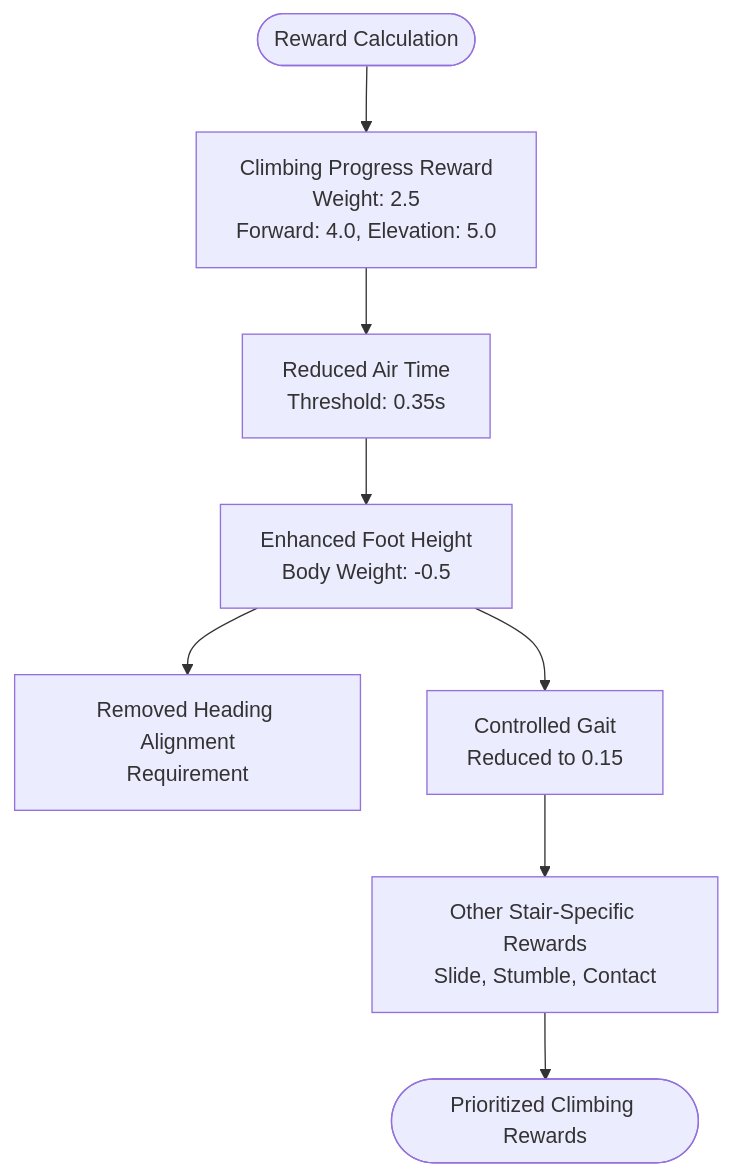
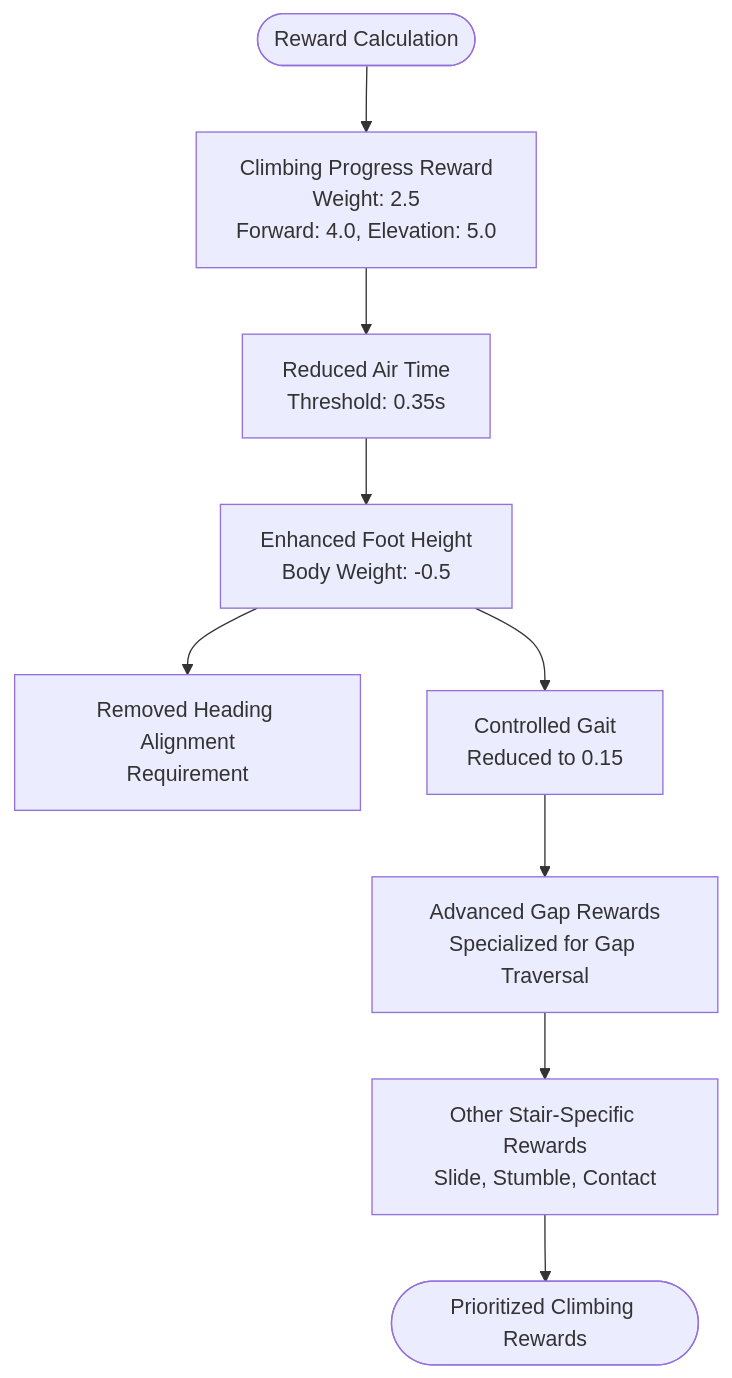
Before and after one commit to jayjayhust/robot_lab: the seventh of 10 diagrams in .qoder/repowiki/en/content/ZSIBOT ZSL1 Stair Climbing Configuration.md, drawn with Mermaid. The commit also changed other lines of this file and 9 other files, not shown here.

````diff
--- a/.qoder/repowiki/en/content/ZSIBOT ZSL1 Stair Climbing Configuration.md
+++ b/.qoder/repowiki/en/content/ZSIBOT ZSL1 Stair Climbing Configuration.md
@@ -389,10 +420,11 @@
 ```mermaid
 flowchart TD
 REWARDS_START([Reward Calculation]) --> CLIMB_PROGRESS["Climbing Progress Reward<br/>Weight: 2.5<br/>Forward: 4.0, Elevation: 5.0"]
 CLIMB_PROGRESS --> REDUCED_AIR_TIME["Reduced Air Time<br/>Threshold: 0.35s"]
 REDUCED_AIR_TIME --> ENHANCED_FOOT_HEIGHT["Enhanced Foot Height<br/>Body Weight: -0.5"]
 ENHANCED_FOOT_HEIGHT --> REMOVED_HEADING["Removed Heading Alignment<br/>Requirement"]
 ENHANCED_FOOT_HEIGHT --> CONTROLLED_GAIT["Controlled Gait<br/>Reduced to 0.15"]
-CONTROLLED_GAIT --> OTHER_REWARDS["Other Stair-Specific Rewards<br/>Slide, Stumble, Contact"]
+CONTROLLED_GAIT --> ADVANCED_GAP_REWARDS["Advanced Gap Rewards<br/>Specialized for Gap Traversal"]
+ADVANCED_GAP_REWARDS --> OTHER_REWARDS["Other Stair-Specific Rewards<br/>Slide, Stumble, Contact"]
 OTHER_REWARDS --> REWARDS_END([Prioritized Climbing Rewards])
 ```
````
